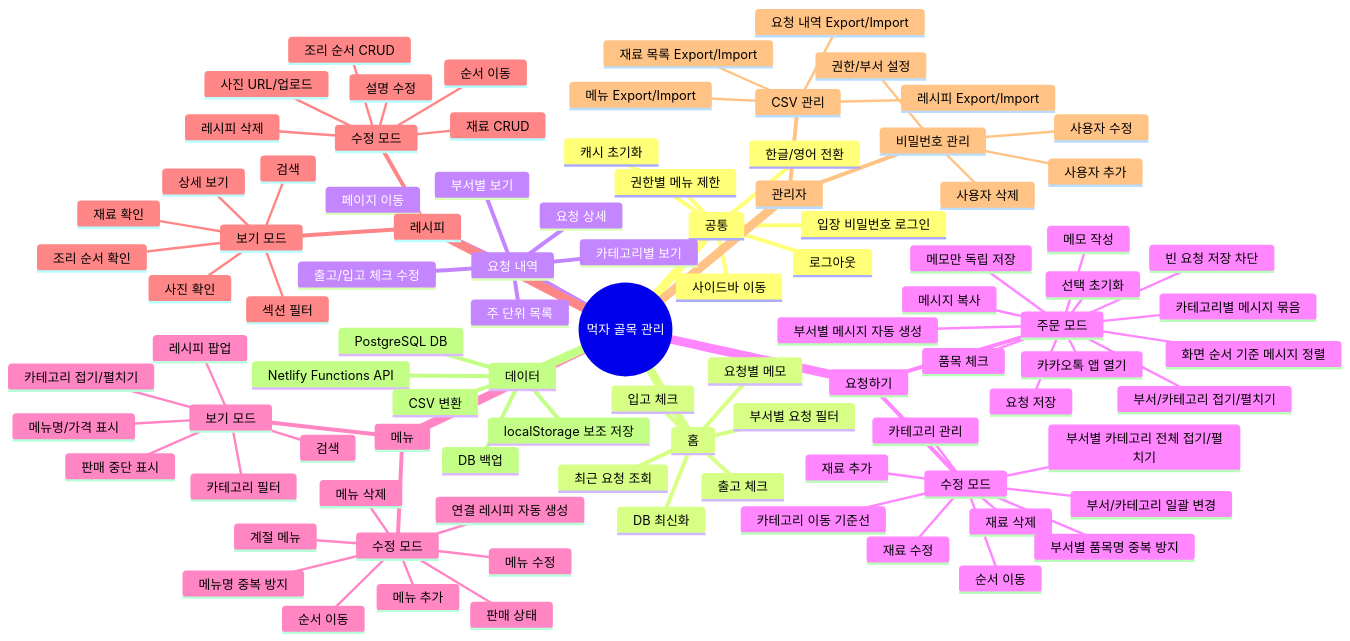
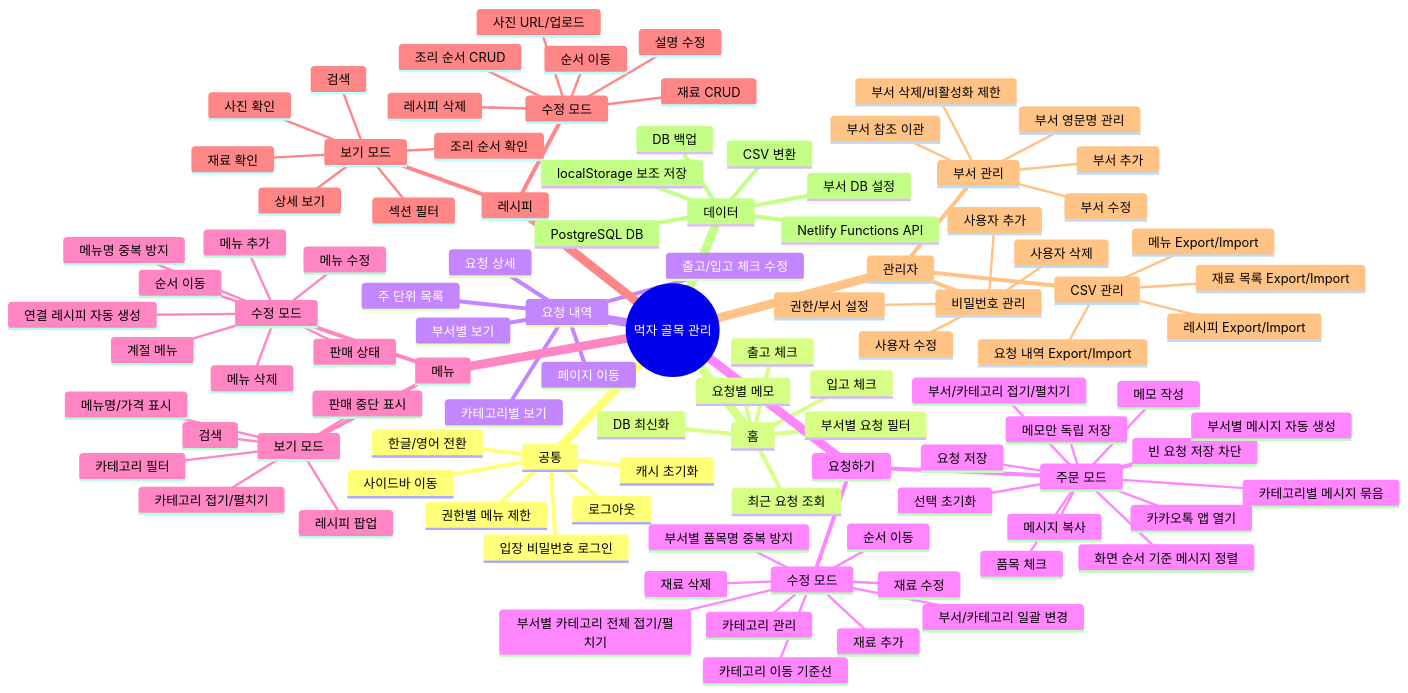
One commit to itsfreedom/mukja changed the diagram in docs/mukja-function-tree-ko.md. Above: the diagram before and after it, drawn with Mermaid. The commit also changed other lines of this file and 19 other files, not shown here.

```diff
--- a/docs/mukja-function-tree-ko.md
+++ b/docs/mukja-function-tree-ko.md
@@ -93,6 +93,12 @@
         사용자 수정
         사용자 삭제
         권한/부서 설정
+      부서 관리
+        부서 추가
+        부서 수정
+        부서 삭제/비활성화 제한
+        부서 영문명 관리
+        부서 참조 이관
       CSV 관리
         요청 내역 Export/Import
         재료 목록 Export/Import
@@ -101,6 +107,7 @@
     데이터
       Netlify Functions API
       PostgreSQL DB
+      부서 DB 설정
       localStorage 보조 저장
       CSV 변환
       DB 백업
```
